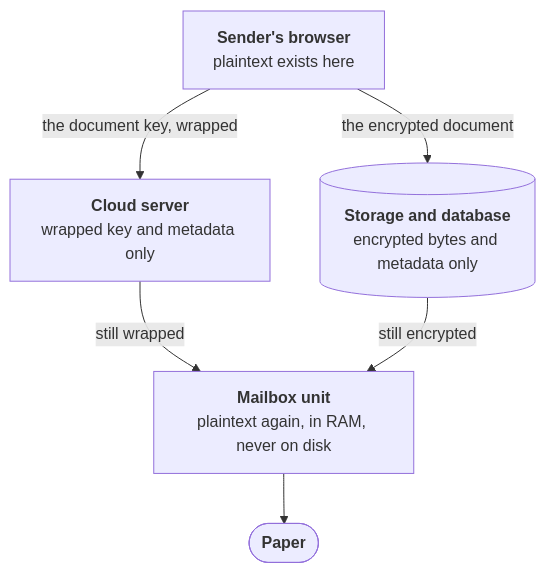
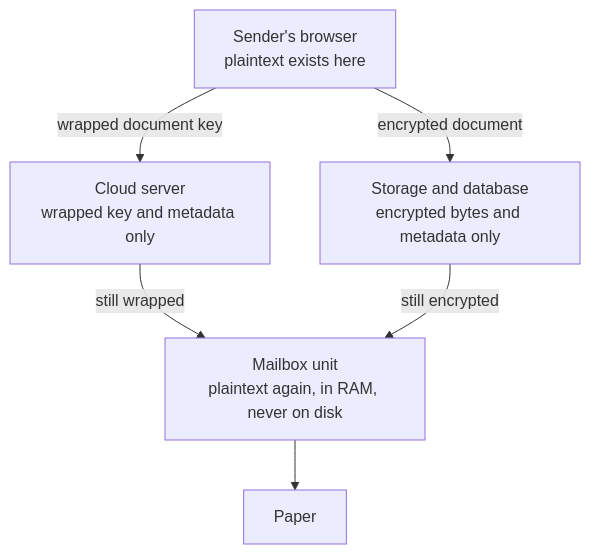
Before and after one commit to ameerbohio/automail: the first of 2 diagrams in README.md, drawn with Mermaid.

Commit message:
fix picture render

````diff
--- a/README.md
+++ b/README.md
@@ -31,14 +31,14 @@
 ```mermaid
 flowchart TB
-    B["<b>Sender's browser</b><br/>plaintext exists here"]
-    C["<b>Cloud server</b><br/>wrapped key and metadata only"]
-    S[("<b>Storage and database</b><br/>encrypted bytes and metadata only")]
-    M["<b>Mailbox unit</b><br/>plaintext again, in RAM, never on disk"]
-    P(["<b>Paper</b>"])
+    B["Sender's browser<br/>plaintext exists here"]
+    C["Cloud server<br/>wrapped key and metadata only"]
+    S["Storage and database<br/>encrypted bytes and metadata only"]
+    M["Mailbox unit<br/>plaintext again, in RAM, never on disk"]
+    P["Paper"]
 
-    B -->|"the encrypted document"| S
-    B -->|"the document key, wrapped"| C
-    C -->|"still wrapped"| M
-    S -->|"still encrypted"| M
+    B -->|encrypted document| S
+    B -->|wrapped document key| C
+    C -->|still wrapped| M
+    S -->|still encrypted| M
     M --> P
 ```
````
